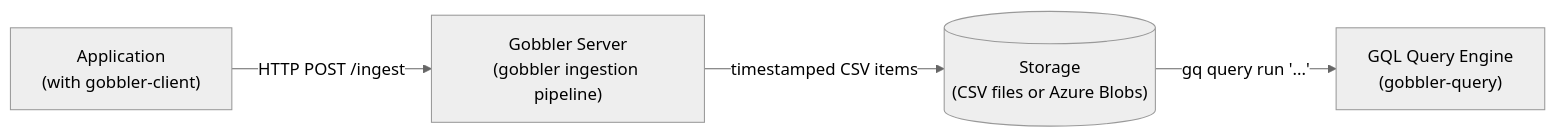
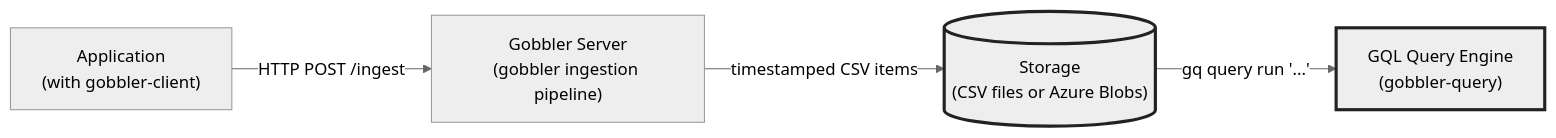
Before and after one commit to kozwoj/gobbler-query: the first of 2 diagrams in README.md, drawn with Mermaid (neutral theme). The commit also changed other lines of this file and 12 other files, not shown here.

````diff
--- a/README.md
+++ b/README.md
@@ -13,11 +5,16 @@
 ```mermaid
 flowchart LR
+    classDef thick stroke-width:3px,stroke:#222;
+
+    C:::thick
+    D:::thick
+
     A["Application\n(with gobbler-client)"]
     B["Gobbler Server\n(gobbler ingestion pipeline)"]
     C[("Storage\n(CSV files or Azure Blobs)")]
     D["GQL Query Engine\n(gobbler-query)"]
 
     A -->|"HTTP POST /ingest"| B
     B -->|"timestamped CSV items"| C
     C -->|"gq query run '...'"| D
 ```
````
